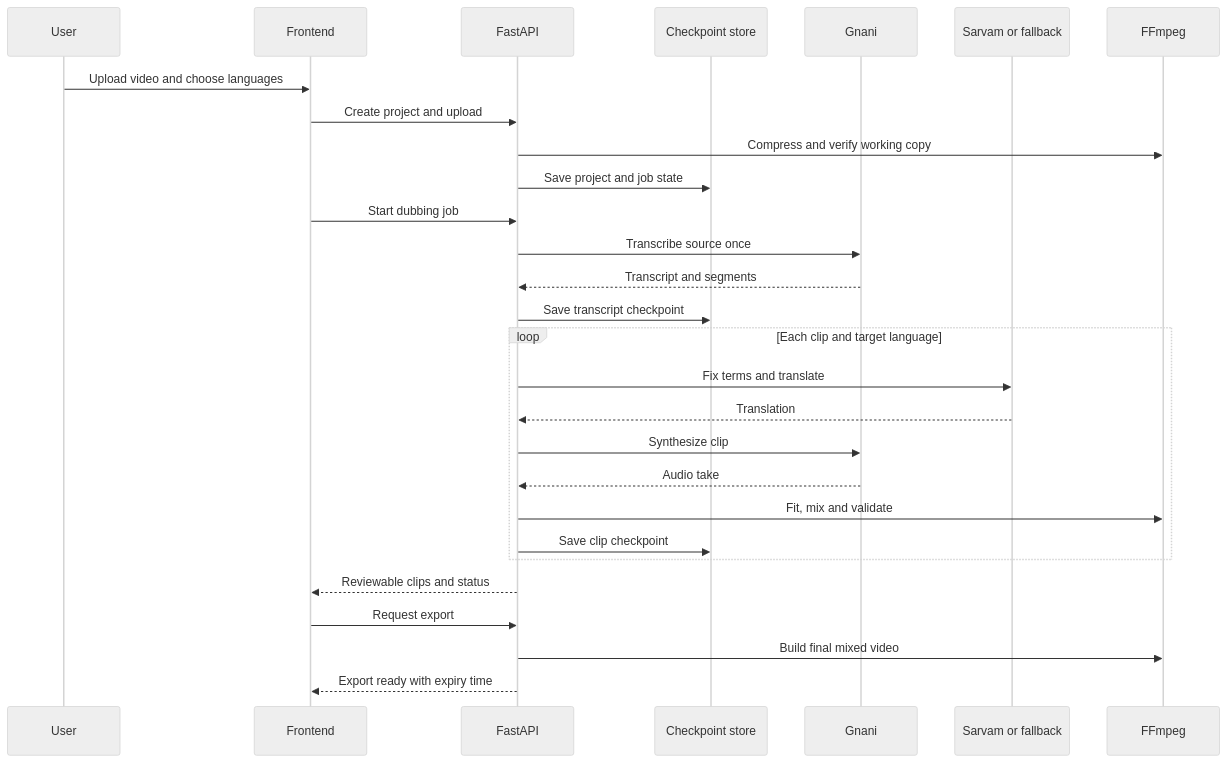
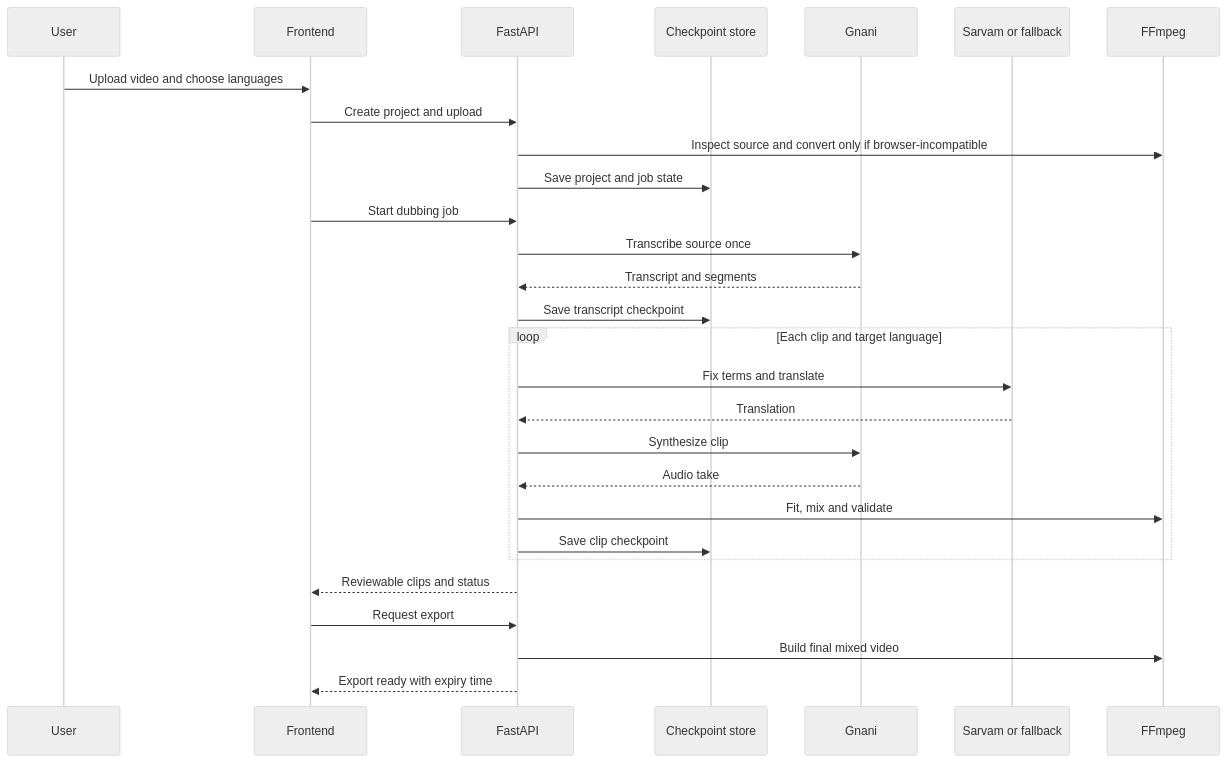
Before and after one commit to Aarti-panchal01/anek: the third of 5 diagrams in README.md, drawn with Mermaid (neutral theme). The commit also changed other lines of this file and 6 other files, not shown here.

````diff
--- a/README.md
+++ b/README.md
@@ -113,30 +113,30 @@
 ```mermaid
 sequenceDiagram
     participant User
     participant Web as Frontend
     participant API as FastAPI
     participant Store as Checkpoint store
     participant Speech as Gnani
     participant Translate as Sarvam or fallback
     participant Media as FFmpeg
     User->>Web: Upload video and choose languages
     Web->>API: Create project and upload
-    API->>Media: Compress and verify working copy
+    API->>Media: Inspect source and convert only if browser-incompatible
     API->>Store: Save project and job state
     Web->>API: Start dubbing job
     API->>Speech: Transcribe source once
     Speech-->>API: Transcript and segments
     API->>Store: Save transcript checkpoint
     loop Each clip and target language
         API->>Translate: Fix terms and translate
         Translate-->>API: Translation
         API->>Speech: Synthesize clip
         Speech-->>API: Audio take
         API->>Media: Fit, mix and validate
         API->>Store: Save clip checkpoint
     end
     API-->>Web: Reviewable clips and status
     Web->>API: Request export
     API->>Media: Build final mixed video
     API-->>Web: Export ready with expiry time
 ```
````
